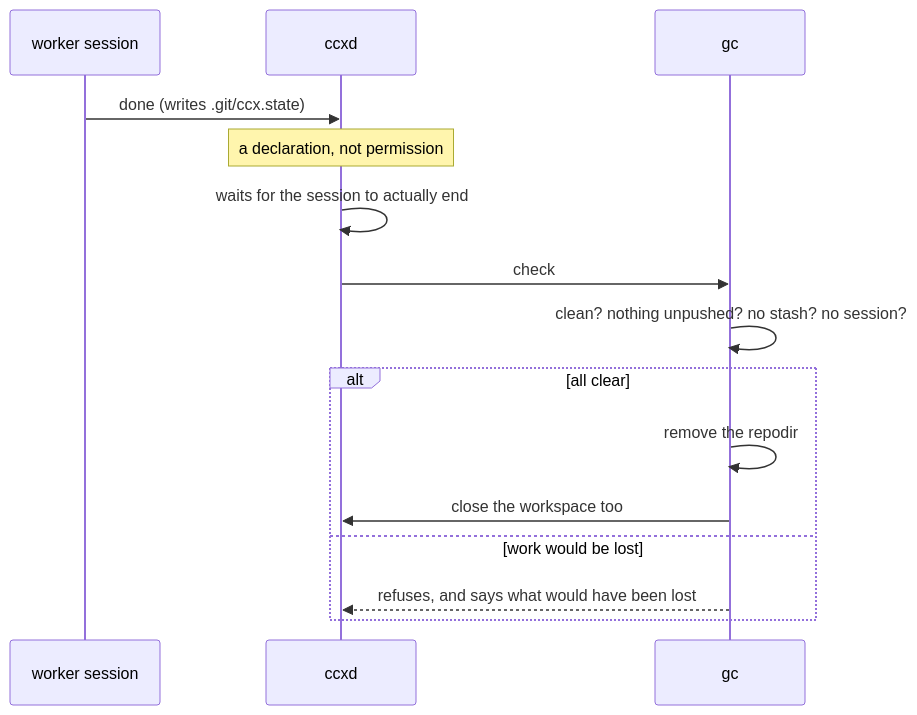
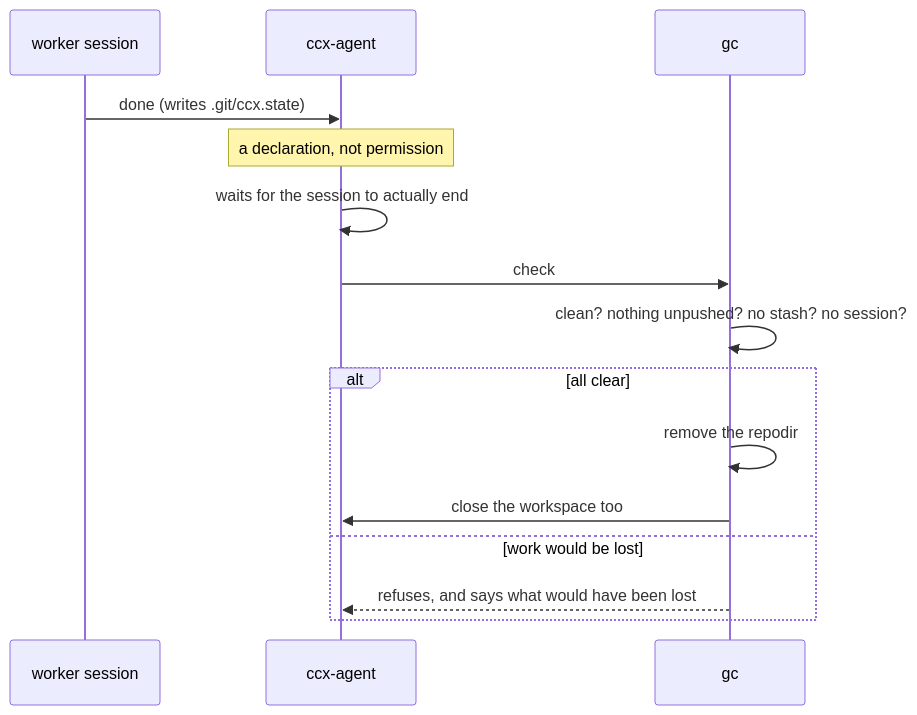
Before and after one commit to TakashiAihara/ccx: the seventh of 8 diagrams in docs/design/use-cases.md, drawn with Mermaid. The commit also changed other lines of this file and 58 other files, not shown here.

First line of the commit message:
chore: rename ccxd to ccx-agent (#131)

````diff
--- a/docs/design/use-cases.md
+++ b/docs/design/use-cases.md
@@ -236,18 +236,18 @@
 ```mermaid
 sequenceDiagram
     participant S as worker session
-    participant CCXD as ccxd
+    participant AGENT as ccx-agent
     participant GC as gc
 
-    S->>CCXD: done (writes .git/ccx.state)
-    Note over CCXD: a declaration, not permission
-    CCXD->>CCXD: waits for the session to actually end
-    CCXD->>GC: check
+    S->>AGENT: done (writes .git/ccx.state)
+    Note over AGENT: a declaration, not permission
+    AGENT->>AGENT: waits for the session to actually end
+    AGENT->>GC: check
     GC->>GC: clean? nothing unpushed? no stash? no session?
     alt all clear
         GC->>GC: remove the repodir
-        GC->>CCXD: close the workspace too
+        GC->>AGENT: close the workspace too
     else work would be lost
-        GC-->>CCXD: refuses, and says what would have been lost
+        GC-->>AGENT: refuses, and says what would have been lost
     end
 ```
````
